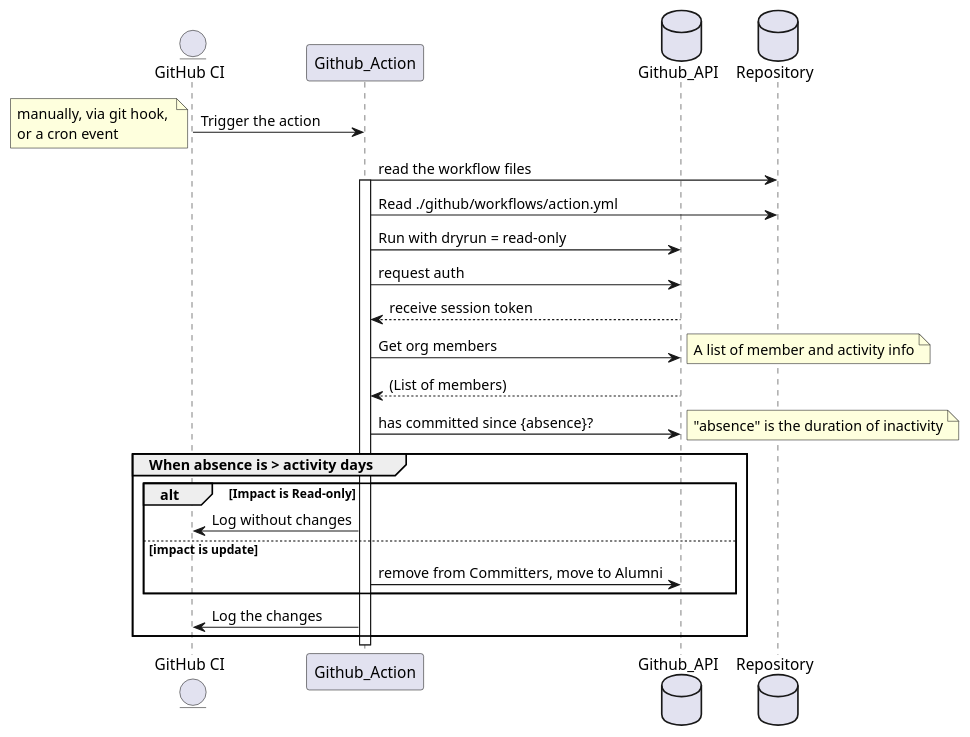
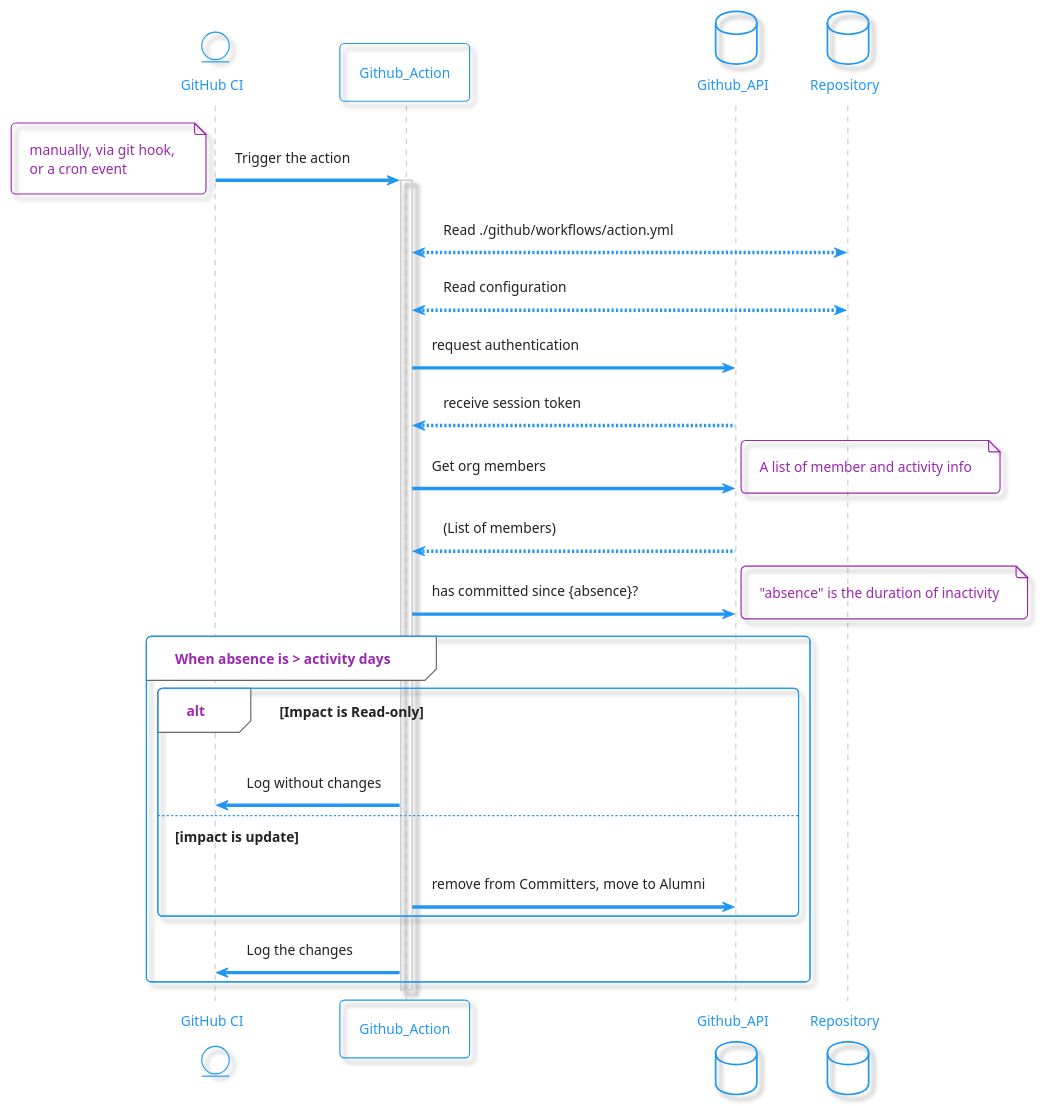
The diagram in doc/diagrams/src/sequence.puml (cucumber/action-retire-inactive-contributors), drawn with PlantUML before and after one commit. The commit also changed 1 other file, not shown here.

Commit message:
Change the diagram theme and improve description of steps.

```diff
--- a/doc/diagrams/src/sequence.puml
+++ b/doc/diagrams/src/sequence.puml
@@ -1,42 +1,41 @@
 @startuml
+!theme materia-outline
 entity "GitHub CI" as s
 participant Github_Action as action
 database Github_API as gh
 database Repository as repo
 
 
 s -> action: Trigger the action
 note left
 manually, via git hook, 
 or a cron event
 end note
-action -> repo: read the workflow files
-
 activate action
-action -> repo: Read ./github/workflows/action.yml
-action -> gh: Run with dryrun = read-only
-action -> gh: request auth
+action <--> repo: Read ./github/workflows/action.yml
+action <--> repo: Read configuration
+action -> gh: request authentication
 action <-- gh: receive session token
 action -> gh: Get org members
 note right
 A list of member and activity info
 end note
 
 action <--  gh:(List of members)
 action -> gh: has committed since {absence}?
 
 note right
 "absence" is the duration of inactivity
 end note
 
 group When absence is > activity days
 alt Impact is Read-only
     action -> s: Log without changes
 
     else impact is update    
     action -> gh: remove from Committers, move to Alumni
     end group
 action -> s: Log the changes    
 end group
 deactivate
 @enduml
```
